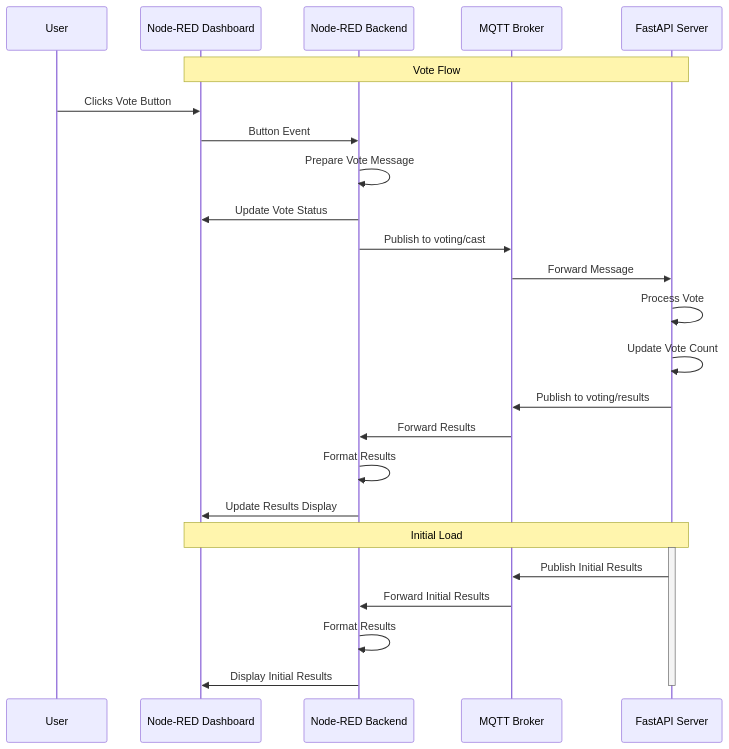
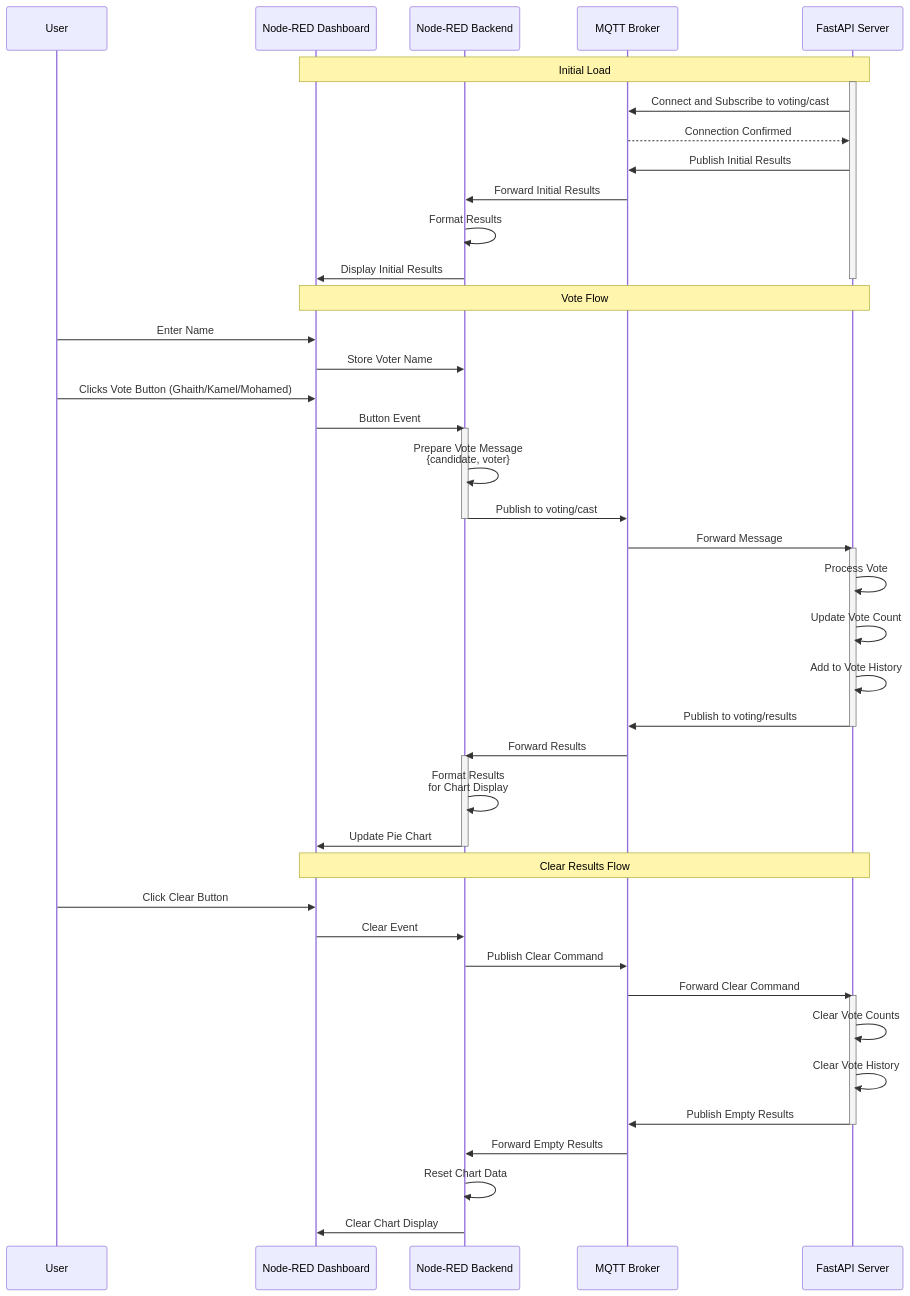
The diagram in Readme.md (ghaithsaidani/voting-app-node-red), drawn with Mermaid before and after one commit. The commit also changed 8 other files, not shown here.

Commit message:
feat: change diagram

````diff
--- a/Readme.md
+++ b/Readme.md
@@ -9,32 +9,51 @@
 ```mermaid
 sequenceDiagram
     participant User
     participant Dashboard as Node-RED Dashboard
     participant NodeRED as Node-RED Backend
     participant Broker as MQTT Broker
     participant Server as FastAPI Server
-    
-    Note over Dashboard,Server: Vote Flow
-    User->>Dashboard: Clicks Vote Button
-    Dashboard->>NodeRED: Button Event
-    NodeRED->>NodeRED: Prepare Vote Message
-    NodeRED->>Dashboard: Update Vote Status
-    NodeRED->>Broker: Publish to voting/cast
-    Broker->>Server: Forward Message
-    
-    Server->>Server: Process Vote
-    Server->>Server: Update Vote Count
-    
-    Server->>Broker: Publish to voting/results
-    Broker->>NodeRED: Forward Results
-    NodeRED->>NodeRED: Format Results
-    NodeRED->>Dashboard: Update Results Display
-    
-    Note over Dashboard,Server: Initial Load
+    Note over Dashboard, Server: Initial Load
     activate Server
-    Server->>Broker: Publish Initial Results
-    Broker->>NodeRED: Forward Initial Results
-    NodeRED->>NodeRED: Format Results
-    NodeRED->>Dashboard: Display Initial Results
+    Server ->> Broker: Connect and Subscribe to voting/cast
+    Broker -->> Server: Connection Confirmed
+    Server ->> Broker: Publish Initial Results
+    Broker ->> NodeRED: Forward Initial Results
+    NodeRED ->> NodeRED: Format Results
+    NodeRED ->> Dashboard: Display Initial Results
     deactivate Server
+    Note over Dashboard, Server: Vote Flow
+    User ->> Dashboard: Enter Name
+    Dashboard ->> NodeRED: Store Voter Name
+    User ->> Dashboard: Clicks Vote Button (Ghaith/Kamel/Mohamed)
+    Dashboard ->> NodeRED: Button Event
+    activate NodeRED
+    NodeRED ->> NodeRED: Prepare Vote Message<br>{candidate, voter}
+    NodeRED ->> Broker: Publish to voting/cast
+    deactivate NodeRED
+    Broker ->> Server: Forward Message
+    activate Server
+    Server ->> Server: Process Vote
+    Server ->> Server: Update Vote Count
+    Server ->> Server: Add to Vote History
+    Server ->> Broker: Publish to voting/results
+    deactivate Server
+    Broker ->> NodeRED: Forward Results
+    activate NodeRED
+    NodeRED ->> NodeRED: Format Results<br>for Chart Display
+    NodeRED ->> Dashboard: Update Pie Chart
+    deactivate NodeRED
+    Note over Dashboard, Server: Clear Results Flow
+    User ->> Dashboard: Click Clear Button
+    Dashboard ->> NodeRED: Clear Event
+    NodeRED ->> Broker: Publish Clear Command
+    Broker ->> Server: Forward Clear Command
+    activate Server
+    Server ->> Server: Clear Vote Counts
+    Server ->> Server: Clear Vote History
+    Server ->> Broker: Publish Empty Results
+    deactivate Server
+    Broker ->> NodeRED: Forward Empty Results
+    NodeRED ->> NodeRED: Reset Chart Data
+    NodeRED ->> Dashboard: Clear Chart Display
 ```
````
